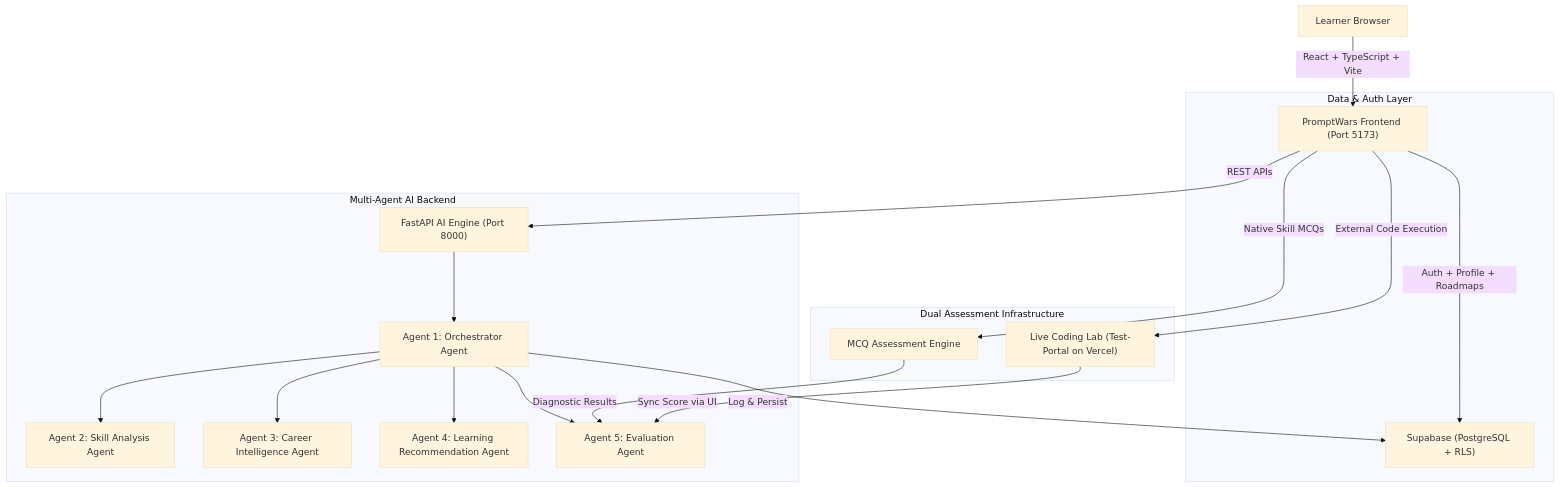
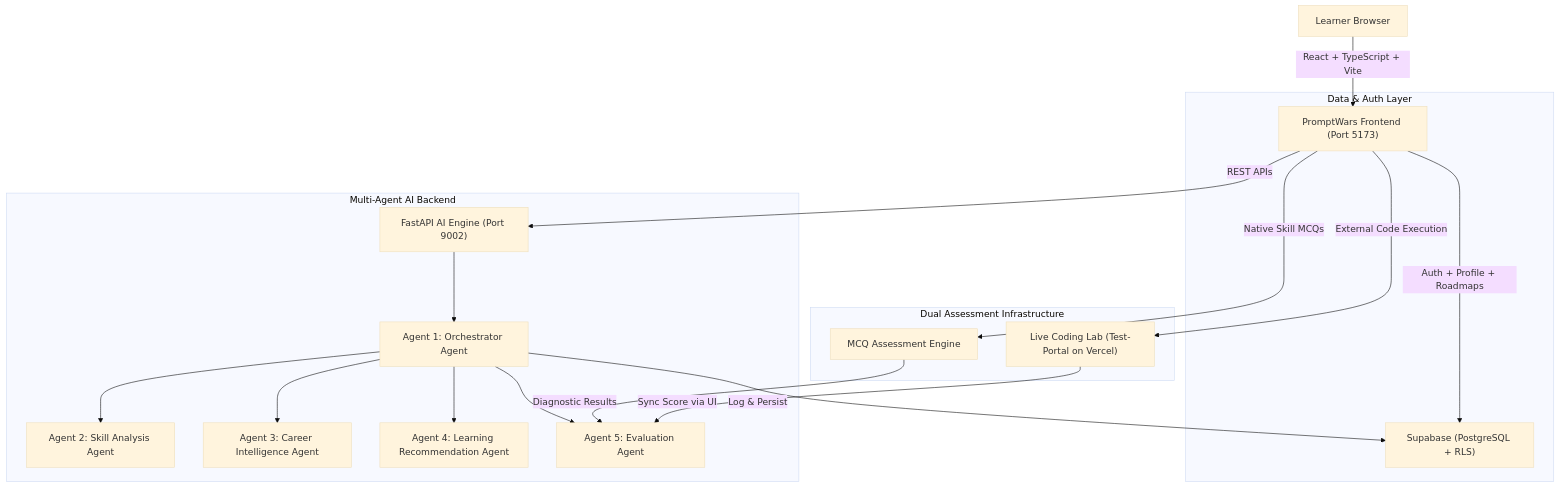
The diagram in promptwars/README.md (DeepakUK17/promptwar2), drawn with Mermaid (base theme) before and after one commit. The commit also changed other lines of this file and 6 other files, not shown here.

````diff
--- a/promptwars/README.md
+++ b/promptwars/README.md
@@ -25,25 +25,25 @@
 ```mermaid
 flowchart TD
     User["Learner Browser"] -->|React + TypeScript + Vite| Frontend["PromptWars Frontend (Port 5173)"]
     
     subgraph Data & Auth Layer
         Frontend -->|Auth + Profile + Roadmaps| Supabase["Supabase (PostgreSQL + RLS)"]
     end
     
     subgraph Multi-Agent AI Backend
-        Frontend -->|REST APIs| FastAPIEngine["FastAPI AI Engine (Port 8000)"]
+        Frontend -->|REST APIs| FastAPIEngine["FastAPI AI Engine (Port 9002)"]
         FastAPIEngine --> AgentOrchestrator["Agent 1: Orchestrator Agent"]
         AgentOrchestrator --> AgentSkill["Agent 2: Skill Analysis Agent"]
         AgentOrchestrator --> AgentCareer["Agent 3: Career Intelligence Agent"]
         AgentOrchestrator --> AgentRecom["Agent 4: Learning Recommendation Agent"]
         AgentOrchestrator --> AgentEval["Agent 5: Evaluation Agent"]
         AgentOrchestrator -->|Log & Persist| Supabase
     end
 
     subgraph Dual Assessment Infrastructure
         Frontend -->|Native Skill MCQs| NativeExam["MCQ Assessment Engine"]
         NativeExam -->|Diagnostic Results| AgentEval
         Frontend -->|External Code Execution| LiveCodingLab["Live Coding Lab (Test-Portal on Vercel)"]
         LiveCodingLab -->|Sync Score via UI| AgentEval
     end
 ```
````
